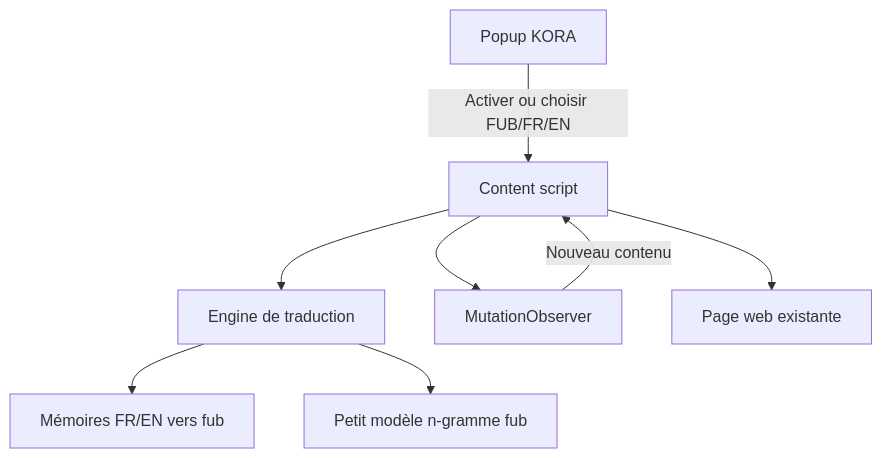
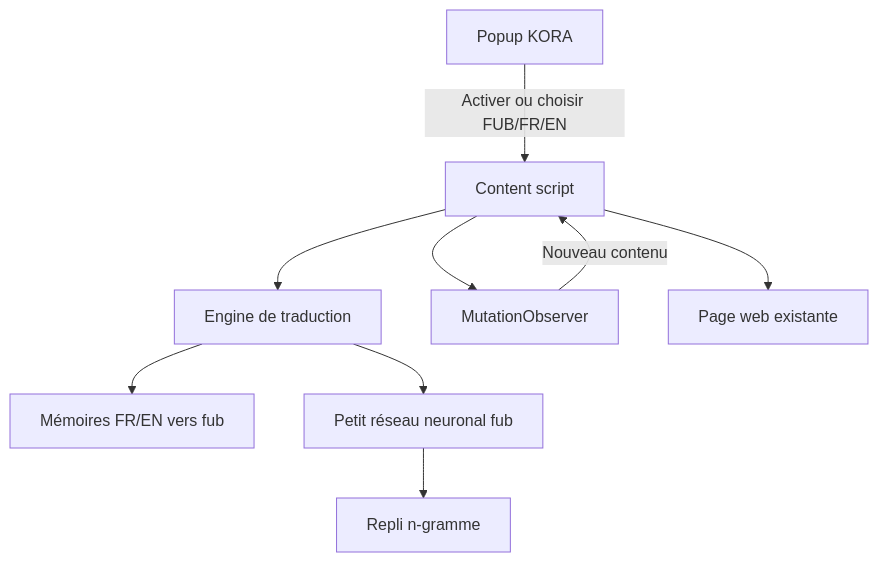
Before and after one commit to kaezerwatto/KORA: the second of 2 diagrams in README.md, drawn with Mermaid. The commit also changed other lines of this file and 27 other files, not shown here.

````diff
--- a/README.md
+++ b/README.md
@@ -73,10 +75,11 @@
 ```mermaid
 flowchart TB
     P[Popup KORA] -->|Activer ou choisir FUB/FR/EN| C[Content script]
     C --> T[Engine de traduction]
     T --> M[Mémoires FR/EN vers fub]
-    T --> N[Petit modèle n-gramme fub]
+    T --> N[Petit réseau neuronal fub]
+    N --> G[Repli n-gramme]
     C --> O[MutationObserver]
     O -->|Nouveau contenu| C
     C --> R[Page web existante]
 ```
````
